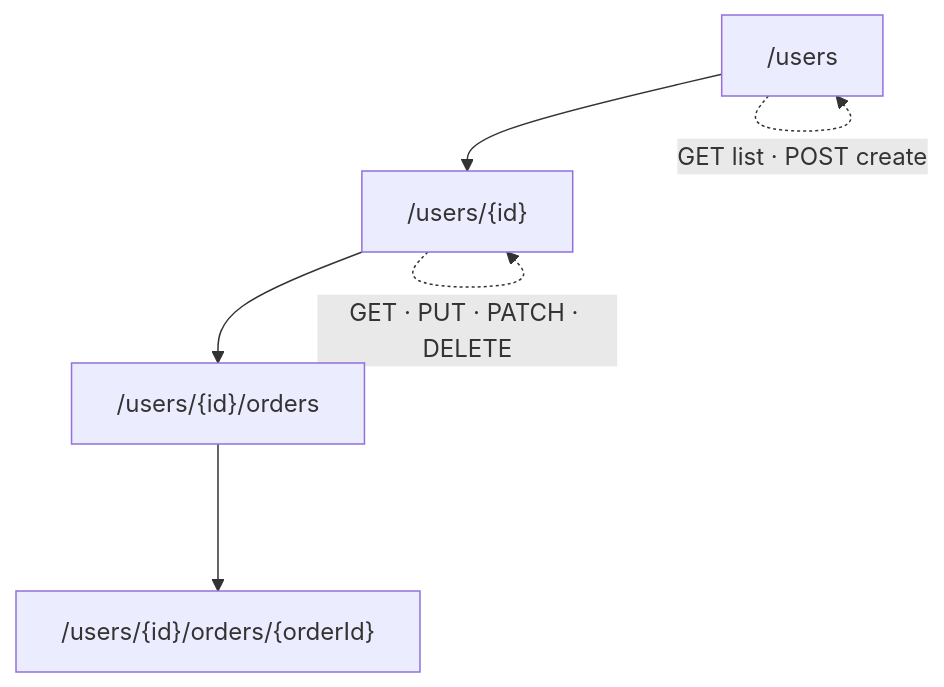
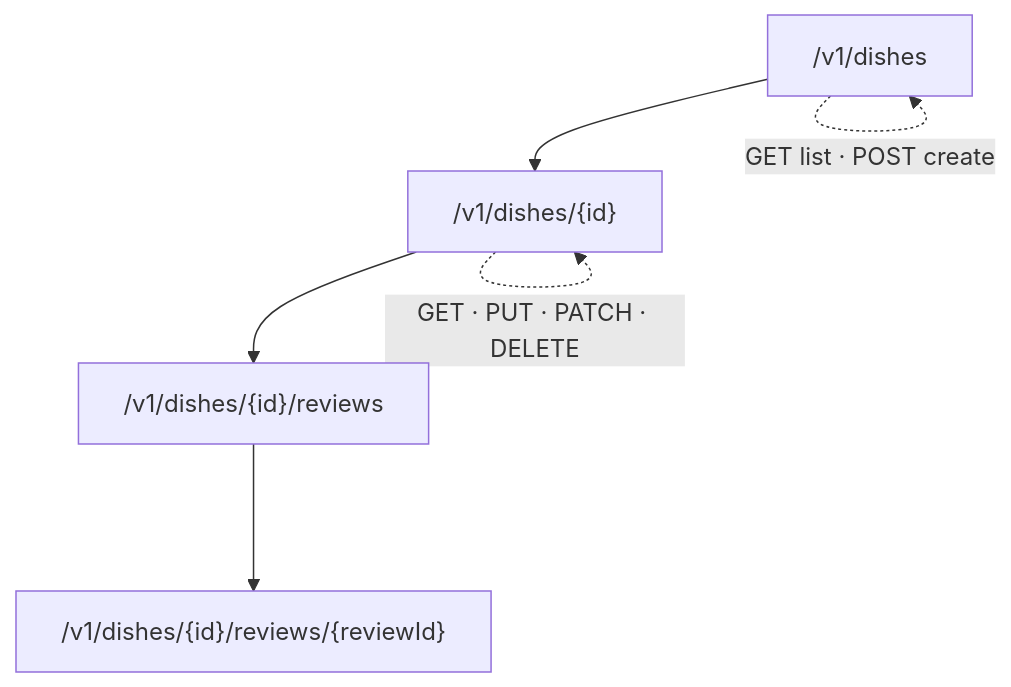
The diagram in phases/02-networking/014-rest-api-design.md (winnyboy5/System-Design-from-Atoms), drawn with Mermaid before and after one commit. The commit also changed other lines of this file and 7 other files, not shown here.

````diff
--- a/phases/02-networking/014-rest-api-design.md
+++ b/phases/02-networking/014-rest-api-design.md
@@ -28,8 +45,8 @@
 ```mermaid
 flowchart TD
-    R["/users"] --> U["/users/{id}"]
-    U --> O["/users/{id}/orders"]
-    O --> OI["/users/{id}/orders/{orderId}"]
+    R["/v1/dishes"] --> U["/v1/dishes/{id}"]
+    U --> O["/v1/dishes/{id}/reviews"]
+    O --> OI["/v1/dishes/{id}/reviews/{reviewId}"]
     R -.->|"GET list · POST create"| R
     U -.->|"GET · PUT · PATCH · DELETE"| U
 ```
````
